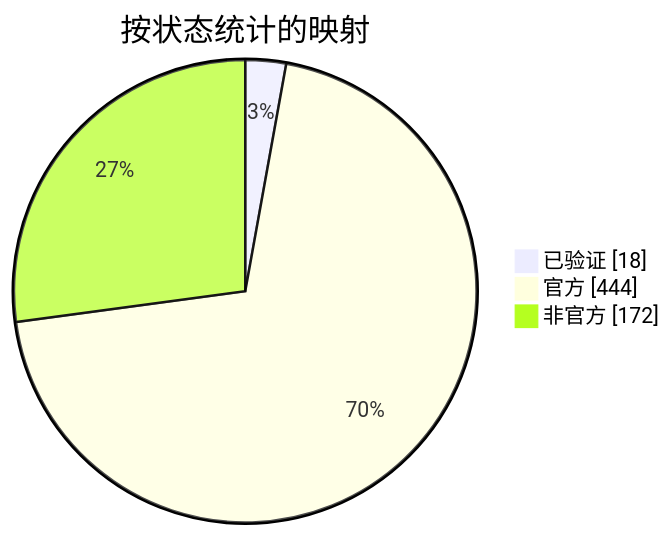
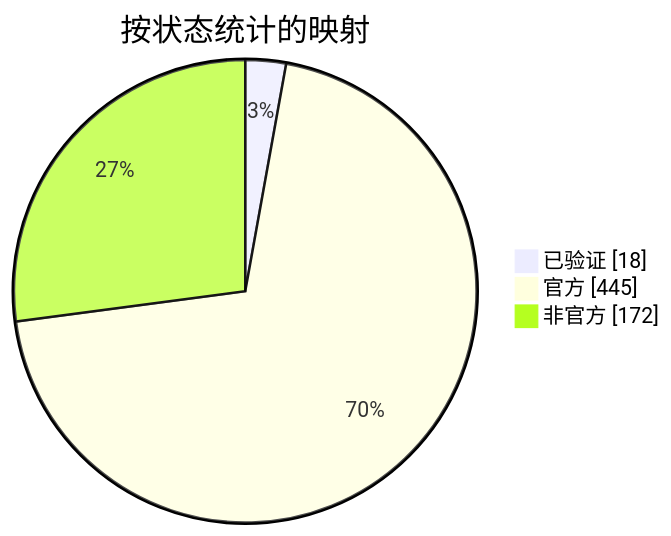
One commit to nobrega8/mbmap-library changed the diagram in docs/readme/README_ZHS.md. Above: the diagram before and after it, drawn with Mermaid. The commit also changed 6 other files, not shown here.

````diff
--- a/docs/readme/README_ZHS.md
+++ b/docs/readme/README_ZHS.md
@@ -54,7 +54,7 @@
 ```mermaid
 pie showData
     title 按状态统计的映射
     "已验证" : 18
-    "官方" : 444
+    "官方" : 445
     "非官方" : 172
 ```
````
